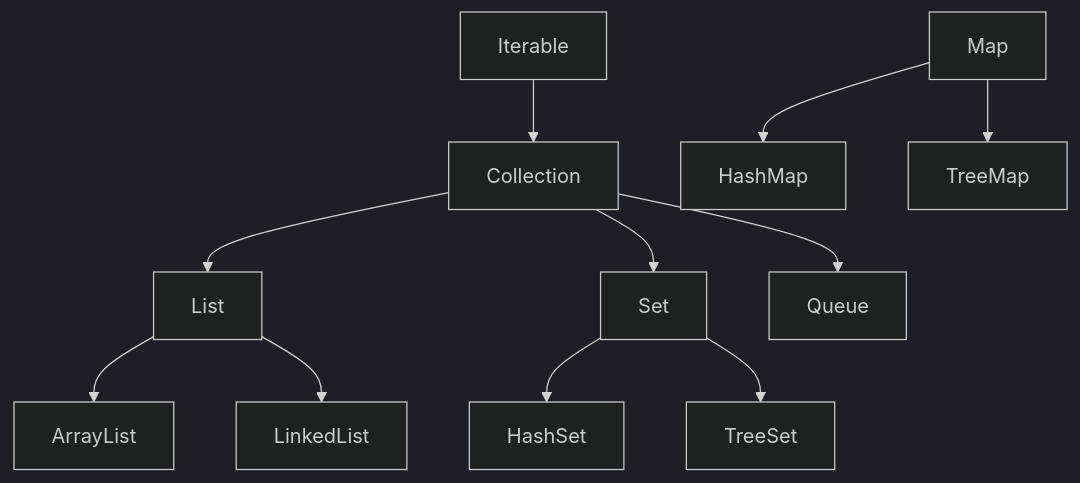
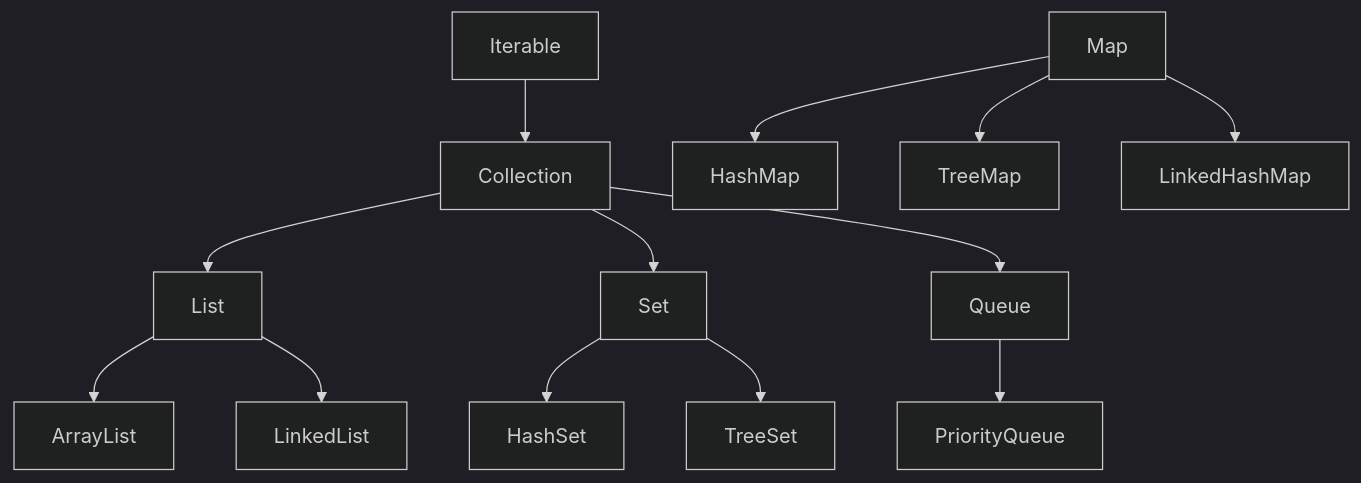
The diagram in collections-and-data-structures/README.md (VrushankPatel/interview-matters), drawn with Mermaid (dark theme) before and after one commit. The commit also changed other lines of this file and 5 other files, not shown here.

````diff
--- a/collections-and-data-structures/README.md
+++ b/collections-and-data-structures/README.md
@@ -21,13 +21,15 @@
 ```mermaid
 graph TD
     A[Iterable] --> B[Collection]
     B --> C[List]
     B --> D[Set]
     B --> E[Queue]
     C --> F[ArrayList]
     C --> G[LinkedList]
     D --> H[HashSet]
     D --> I[TreeSet]
     J[Map] --> K[HashMap]
     J --> L[TreeMap]
+    J --> M[LinkedHashMap]
+    E --> N[PriorityQueue]
 ```
````
